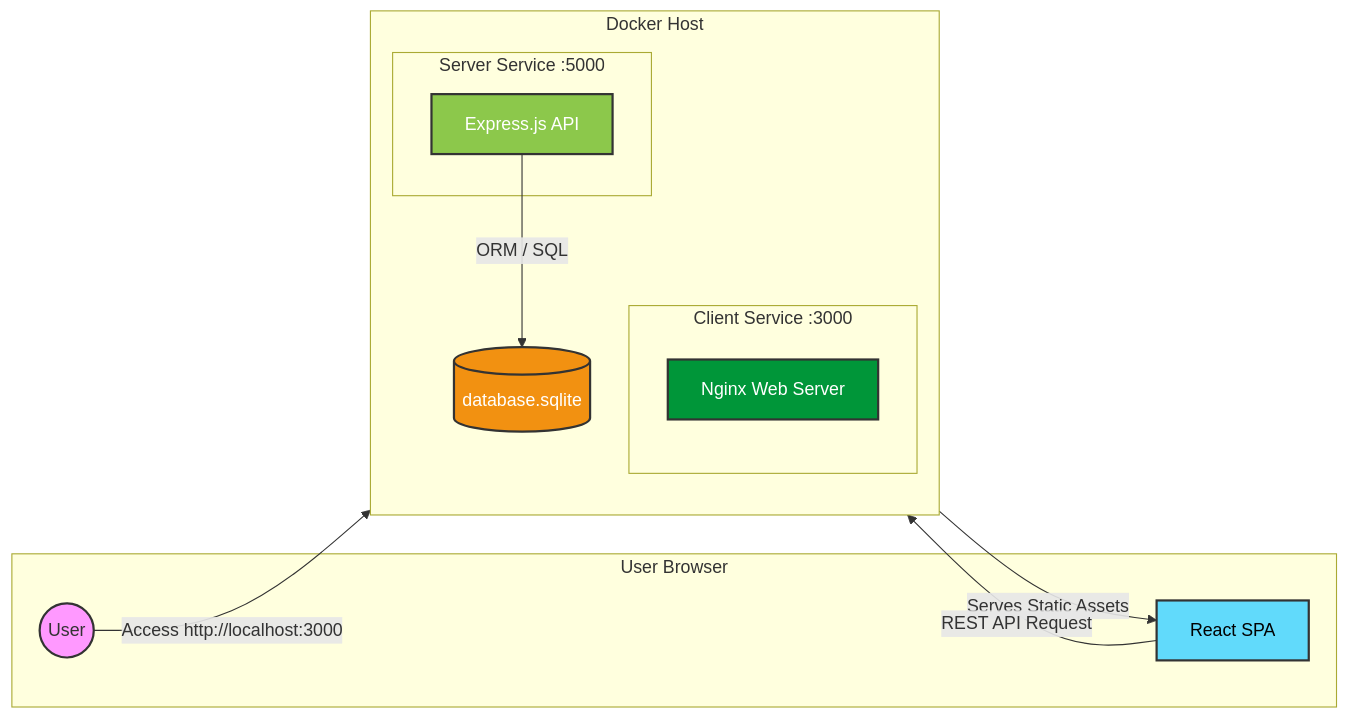
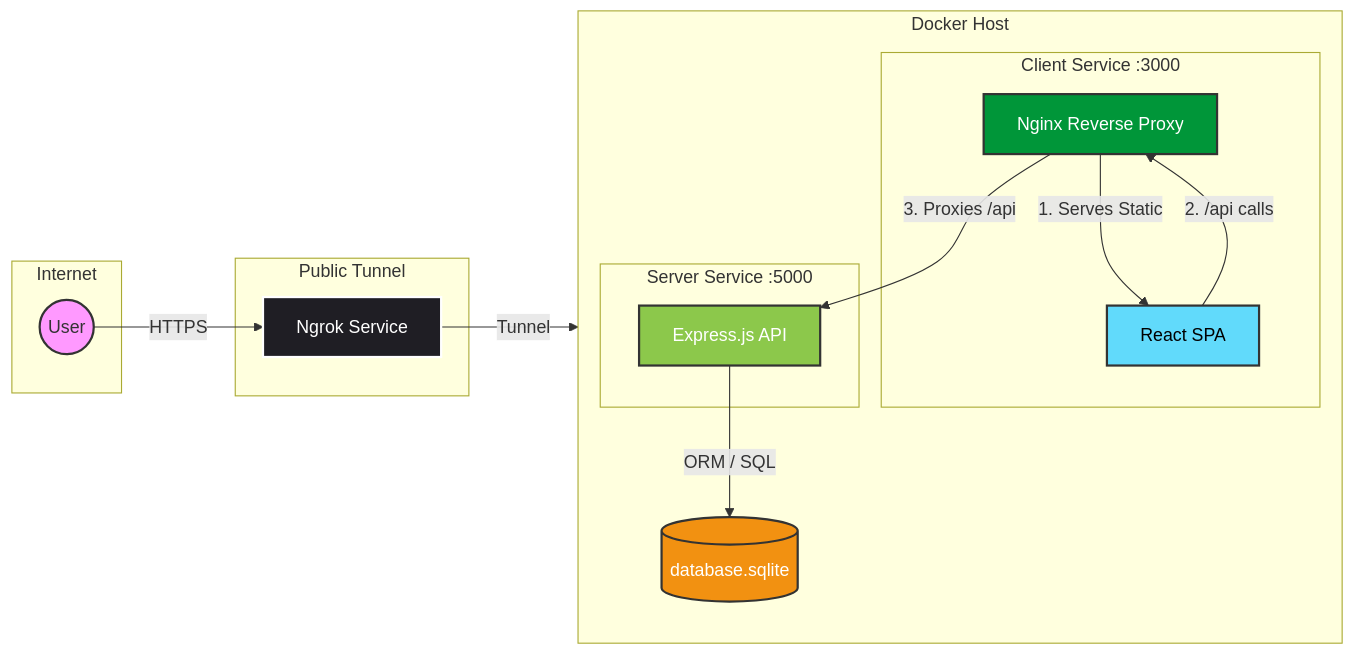
Before and after one commit to vector4653/Technoligia: the diagram in README.md, drawn with Mermaid.

````diff
--- a/README.md
+++ b/README.md
@@ -60,31 +60,38 @@
 ```mermaid
 graph LR
-    subgraph Browser ["User Browser"]
+    subgraph Internet
         User(("User"))
-        SPA["React SPA"]
+    end
+
+    subgraph Tunnel ["Public Tunnel"]
+        Ngrok["Ngrok Service"]
     end
 
     subgraph Docker ["Docker Host"]
         direction TB
         subgraph ClientService ["Client Service :3000"]
-            Nginx["Nginx Web Server"]
+            Nginx["Nginx Reverse Proxy"]
+            SPA["React SPA"]
         end
         
         subgraph ServerService ["Server Service :5000"]
             Express["Express.js API"]
         end
         
         Volume[("database.sqlite")]
     end
 
-    User -->|Access http://localhost:3000| Nginx
-    Nginx -->|"Serves Static Assets"| SPA
-    SPA -->|"REST API Request"| Express
+    User -->|HTTPS| Ngrok
+    Ngrok -->|Tunnel| Nginx
+    Nginx -->|"1. Serves Static"| SPA
+    SPA -->|"2. /api calls"| Nginx
+    Nginx -->|"3. Proxies /api"| Express
     Express -->|"ORM / SQL"| Volume
     
     style User fill:#f9f,stroke:#333,stroke-width:2px
+    style Ngrok fill:#1F1E24,stroke:#fff,stroke-width:2px,color:#fff
     style SPA fill:#61dafb,stroke:#333,stroke-width:2px,color:#000
     style Nginx fill:#009639,stroke:#333,stroke-width:2px,color:#fff
     style Express fill:#8cc84b,stroke:#333,stroke-width:2px,color:#fff
     style Volume fill:#f29111,stroke:#333,stroke-width:2px,color:#fff
 ```
````
